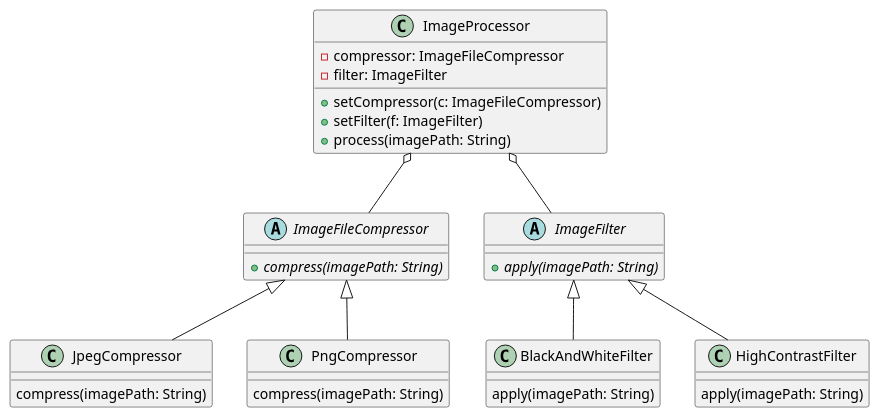
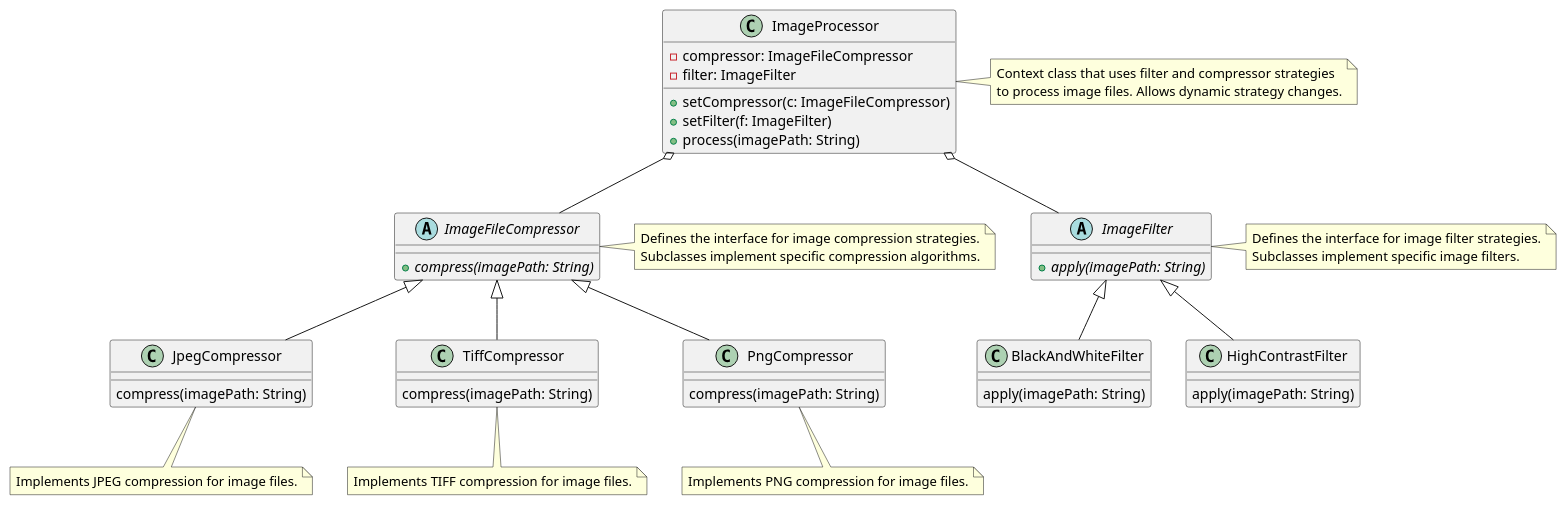
One commit to paweln1975/python-matt changed the diagram in 08-design-patterns/08-behavioral/8.06-strategy/strategy.puml. Above: the diagram before and after it, drawn with PlantUML. The commit also changed 1 other file, not shown here.

Commit message:
strategy updated

```diff
--- a/08-design-patterns/08-behavioral/8.06-strategy/strategy.puml
+++ b/08-design-patterns/08-behavioral/8.06-strategy/strategy.puml
@@ -1,39 +1,74 @@
 @startuml
 'https://plantuml.com/class-diagram
 
 abstract class ImageFileCompressor {
     + {abstract} compress(imagePath: String)
 }
+
+note right of ImageFileCompressor
+    Defines the interface for image compression strategies.
+    Subclasses implement specific compression algorithms.
+end note
+
 abstract class ImageFilter {
     + {abstract} apply(imagePath: String)
 }
+
+note right of ImageFilter
+    Defines the interface for image filter strategies.
+    Subclasses implement specific image filters.
+end note
+
 class JpegCompressor {
     compress(imagePath: String)
 }
 
+note bottom of JpegCompressor
+    Implements JPEG compression for image files.
+end note
+
+class TiffCompressor {
+    compress(imagePath: String)
+}
+note bottom of TiffCompressor
+    Implements TIFF compression for image files.
+end note
+
 class PngCompressor {
     compress(imagePath: String)
 }
+
+note bottom of PngCompressor
+    Implements PNG compression for image files.
+end note
+
 class BlackAndWhiteFilter {
     apply(imagePath: String)
 }
 class HighContrastFilter {
     apply(imagePath: String)
 }
 
 ImageFileCompressor <|-- JpegCompressor
 ImageFileCompressor <|-- PngCompressor
+ImageFileCompressor <|-- TiffCompressor
 ImageFilter <|-- BlackAndWhiteFilter
 ImageFilter <|-- HighContrastFilter
 
 class ImageProcessor {
 - compressor: ImageFileCompressor
 - filter: ImageFilter
 + setCompressor(c: ImageFileCompressor)
 + setFilter(f: ImageFilter)
 + process(imagePath: String)
 }
+
+note right of ImageProcessor
+    Context class that uses filter and compressor strategies
+    to process image files. Allows dynamic strategy changes.
+end note
+
 ImageProcessor o-- ImageFileCompressor
 ImageProcessor o-- ImageFilter
 
 @enduml
```
